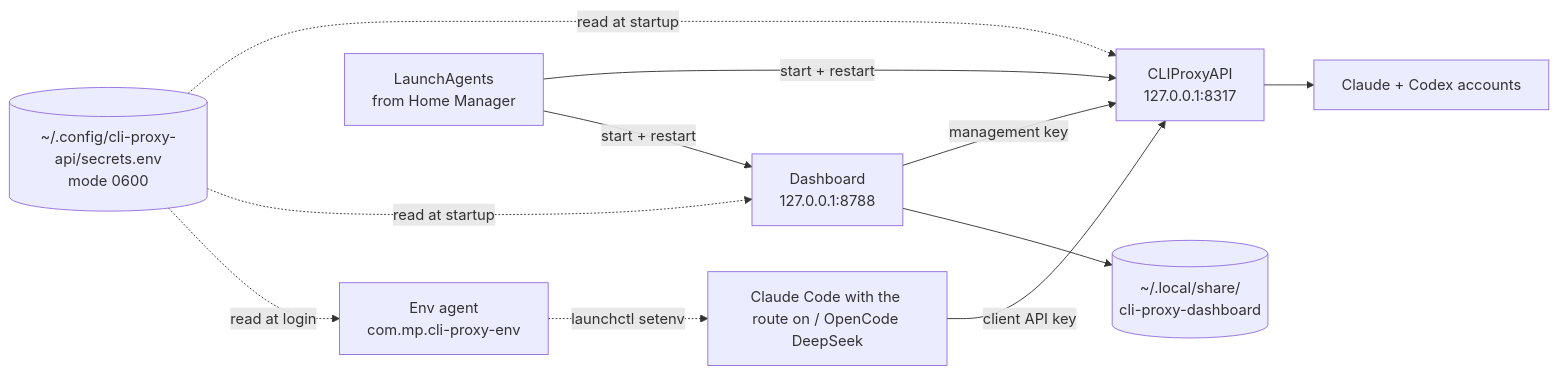
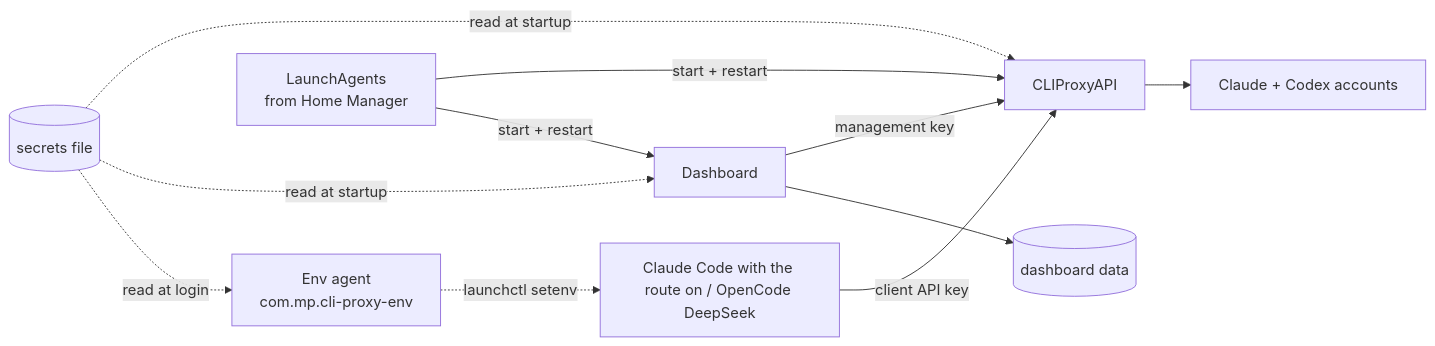
One commit to mplibunao/dotfiles changed the diagram in docs/architecture/runbooks/cli-proxy-api.md. Above: the diagram before and after it, drawn with Mermaid. The commit also changed other lines of this file and 7 other files, not shown here.

````diff
--- a/docs/architecture/runbooks/cli-proxy-api.md
+++ b/docs/architecture/runbooks/cli-proxy-api.md
@@ -9,13 +9,13 @@
 ```mermaid
 flowchart LR
-  CC[Claude Code with the route on / OpenCode DeepSeek] -->|client API key| P[CLIProxyAPI<br/>127.0.0.1:8317]
+  CC[Claude Code with the route on / OpenCode DeepSeek] -->|client API key| P[CLIProxyAPI]
   P --> A[Claude + Codex accounts]
-  D[Dashboard<br/>127.0.0.1:8788] -->|management key| P
-  S[(~/.config/cli-proxy-api/secrets.env<br/>mode 0600)] -.read at startup.-> P
+  D[Dashboard] -->|management key| P
+  S[(secrets file)] -.read at startup.-> P
   S -.read at startup.-> D
   S -.read at login.-> E[Env agent<br/>com.mp.cli-proxy-env]
   E -.launchctl setenv.-> CC
   L[LaunchAgents<br/>from Home Manager] -->|start + restart| P
   L -->|start + restart| D
-  D --> DB[(~/.local/share/<br/>cli-proxy-dashboard)]
+  D --> DB[(dashboard data)]
 ```
````
